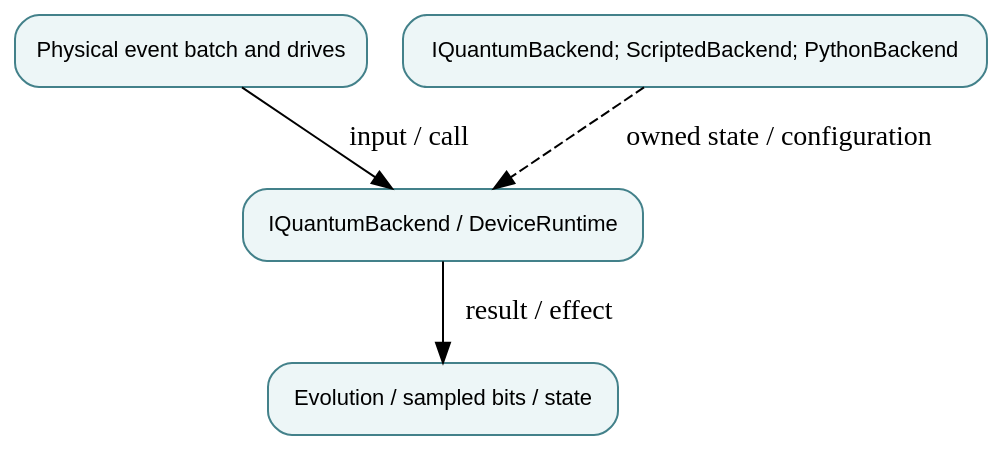
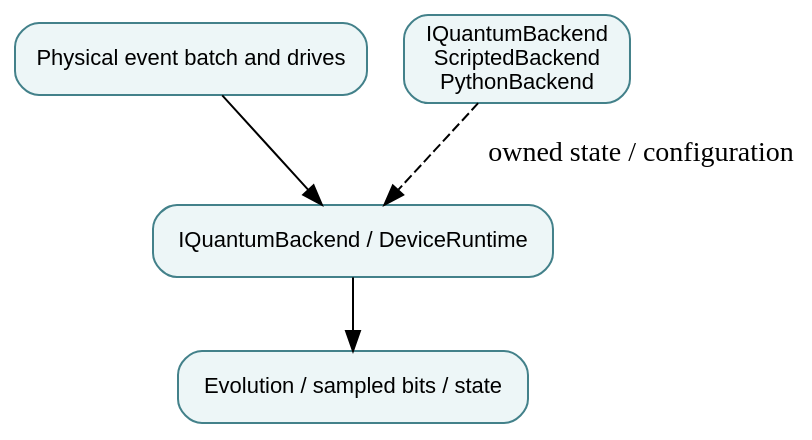
One commit to qsbit-org/qsbit-sim changed the diagram in docs/modules/quantum-state-service-and-backends.md. Above: the diagram before and after it, drawn with Graphviz. The commit also changed other lines of this file and 41 other files, not shown here.

````diff
--- a/docs/modules/quantum-state-service-and-backends.md
+++ b/docs/modules/quantum-state-service-and-backends.md
@@ -17,11 +14,11 @@
 ```{graphviz}
 digraph module {
   rankdir=TB; bgcolor="transparent";
   node [shape=box, style="rounded,filled", fillcolor="#edf6f7", color="#43818a", fontname="sans-serif", fontsize=11];
   input [label="Physical event batch and drives"];
   owner [label="IQuantumBackend / DeviceRuntime"];
-  state [label="IQuantumBackend; ScriptedBackend; PythonBackend"];
+  state [label="IQuantumBackend\nScriptedBackend\nPythonBackend"];
   output [label="Evolution / sampled bits / state"];
-  input -> owner [label="input / call"]; owner -> output [label="result / effect"]; state -> owner [style=dashed, label="owned state / configuration"];
+  input -> owner; owner -> output; state -> owner [style=dashed, label="owned state / configuration"];
 }
 ```
````
